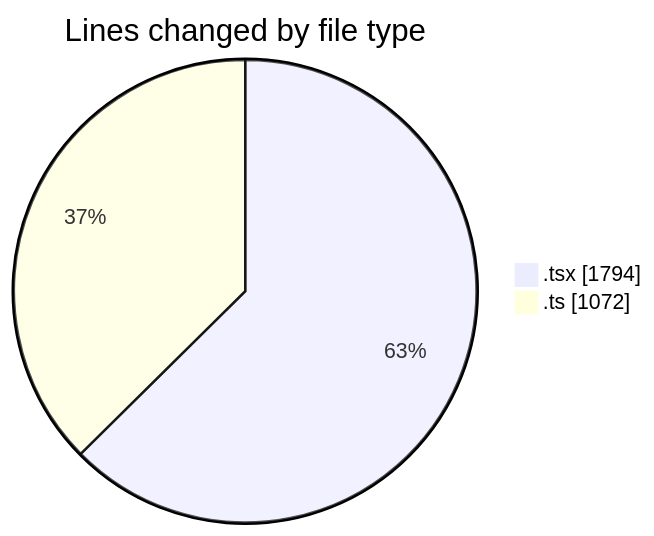
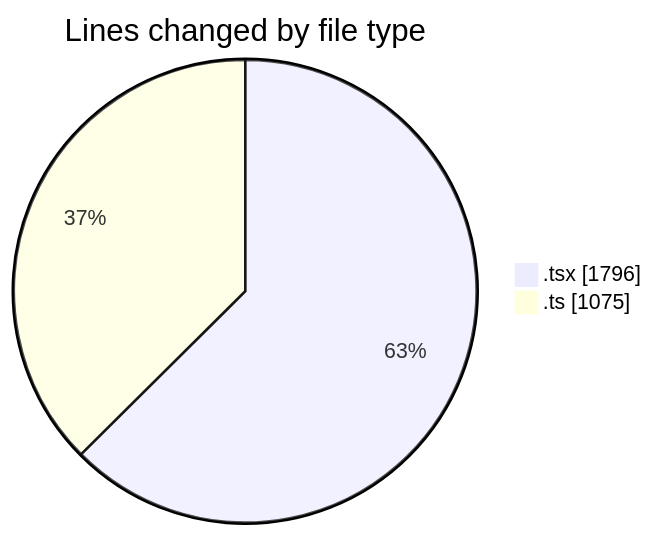
One commit to nxtqubesakshisongat/code-tracking changed the first of 2 diagrams in 2026-02-20/nxtqube_webapp/README.md. Above: the diagram before and after it, drawn with Mermaid. The commit also changed other lines of this file and 1 other file, not shown here.

````diff
--- a/2026-02-20/nxtqube_webapp/README.md
+++ b/2026-02-20/nxtqube_webapp/README.md
@@ -29,6 +29,6 @@
 ```mermaid
 pie showData
 title Lines changed by file type
-".tsx" : 1794
-".ts" : 1072
+".tsx" : 1796
+".ts" : 1075
 ```
````
